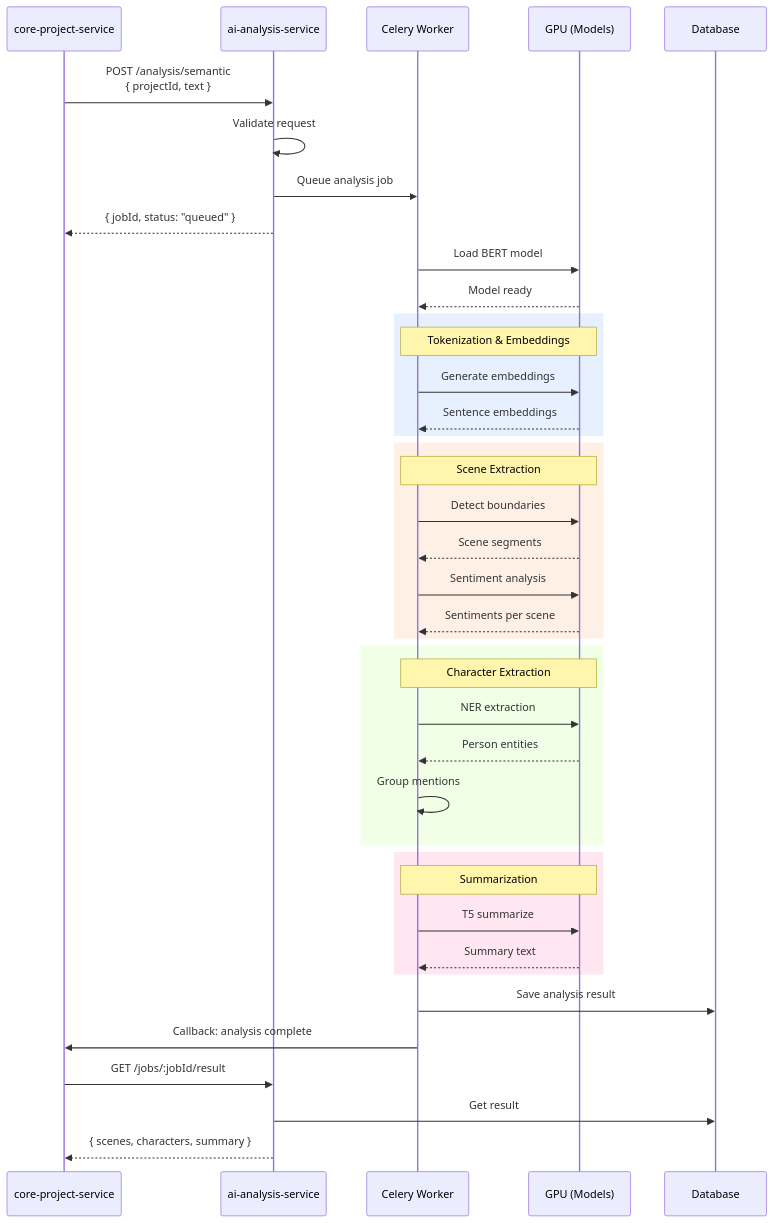
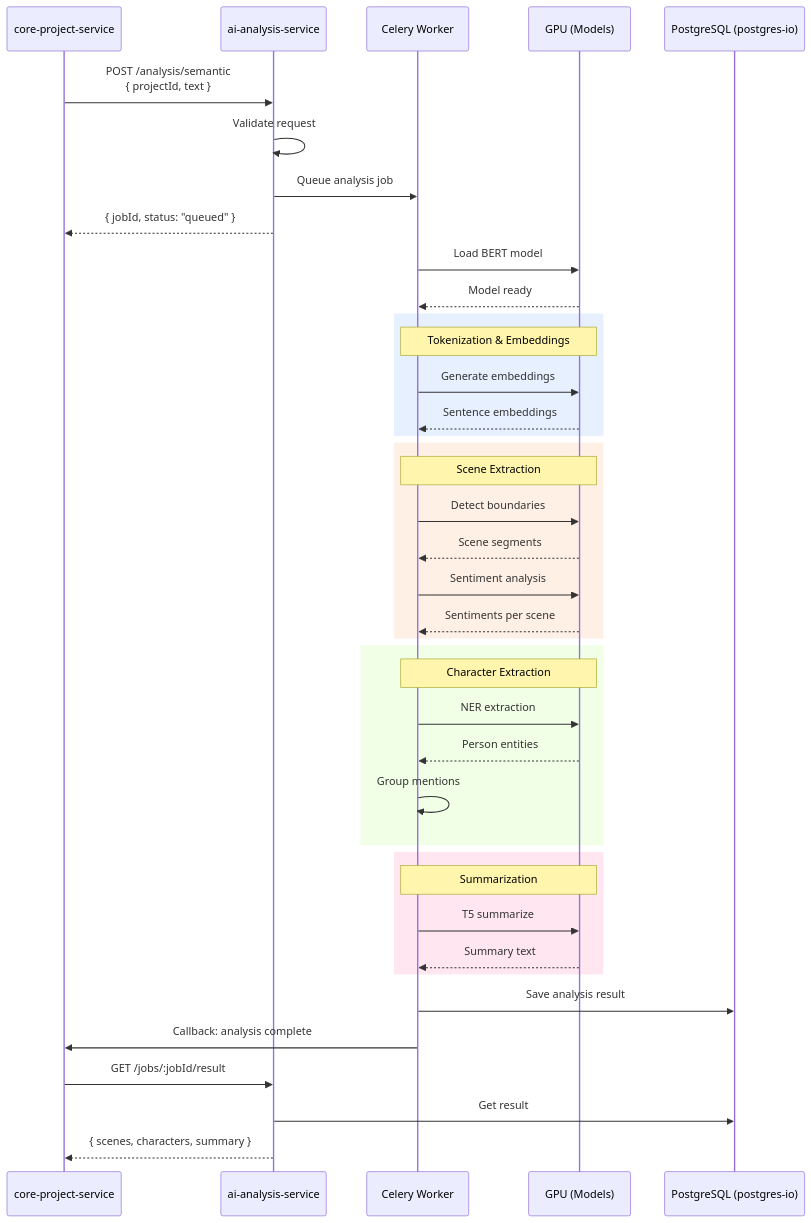
Before and after one commit to VisioBook-ESP/docs-architecture: the fourth of 5 diagrams in microservices/ai-analysis-service.md, drawn with Mermaid. The commit also changed other lines of this file and 15 other files, not shown here.

````diff
--- a/microservices/ai-analysis-service.md
+++ b/microservices/ai-analysis-service.md
@@ -391,50 +391,50 @@
 ```mermaid
 sequenceDiagram
     participant PS as core-project-service
     participant AI as ai-analysis-service
     participant CELERY as Celery Worker
     participant GPU as GPU (Models)
-    participant DB as Database
+    participant PG as PostgreSQL (postgres-io)
 
     PS->>AI: POST /analysis/semantic<br/>{ projectId, text }
     AI->>AI: Validate request
     AI->>CELERY: Queue analysis job
     AI-->>PS: { jobId, status: "queued" }
 
     CELERY->>GPU: Load BERT model
     GPU-->>CELERY: Model ready
 
     rect rgb(230, 240, 255)
         Note over CELERY,GPU: Tokenization & Embeddings
         CELERY->>GPU: Generate embeddings
         GPU-->>CELERY: Sentence embeddings
     end
 
     rect rgb(255, 240, 230)
         Note over CELERY,GPU: Scene Extraction
         CELERY->>GPU: Detect boundaries
         GPU-->>CELERY: Scene segments
         CELERY->>GPU: Sentiment analysis
         GPU-->>CELERY: Sentiments per scene
     end
 
     rect rgb(240, 255, 230)
         Note over CELERY,GPU: Character Extraction
         CELERY->>GPU: NER extraction
         GPU-->>CELERY: Person entities
         CELERY->>CELERY: Group mentions
     end
 
     rect rgb(255, 230, 240)
         Note over CELERY,GPU: Summarization
         CELERY->>GPU: T5 summarize
         GPU-->>CELERY: Summary text
     end
 
-    CELERY->>DB: Save analysis result
+    CELERY->>PG: Save analysis result
     CELERY->>PS: Callback: analysis complete
 
     PS->>AI: GET /jobs/:jobId/result
-    AI->>DB: Get result
+    AI->>PG: Get result
     AI-->>PS: { scenes, characters, summary }
 ```
````
